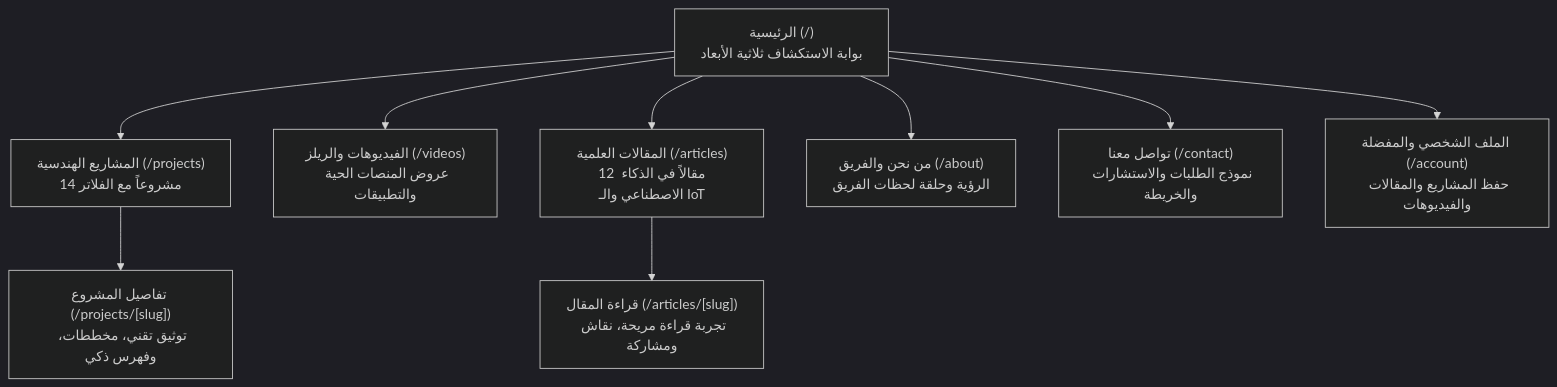
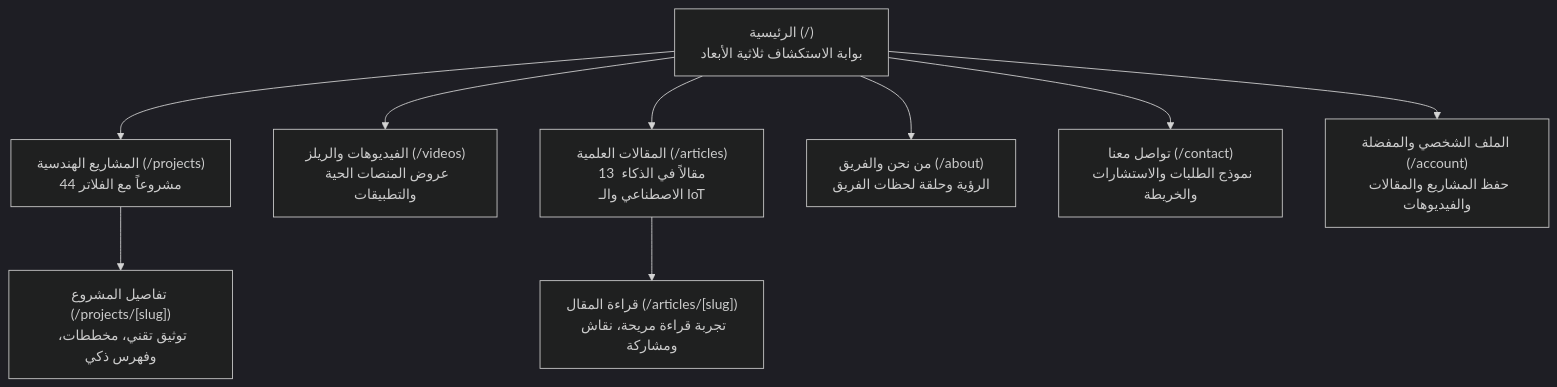
Before and after one commit to Daliaalkilani/technoinjaz: the diagram in README.md, drawn with Mermaid (dark theme). The commit also changed other lines of this file and 6 other files, not shown here.

````diff
--- a/README.md
+++ b/README.md
@@ -44,11 +44,11 @@
 ```mermaid
 graph TD
-    Home["الرئيسية (/)<br/>بوابة الاستكشاف ثلاثية الأبعاد"] --> Projects["المشاريع الهندسية (/projects)<br/>14 مشروعاً مع الفلاتر"]
+    Home["الرئيسية (/)<br/>بوابة الاستكشاف ثلاثية الأبعاد"] --> Projects["المشاريع الهندسية (/projects)<br/>44 مشروعاً مع الفلاتر"]
     Home --> Videos["الفيديوهات والريلز (/videos)<br/>عروض المنصات الحية والتطبيقات"]
-    Home --> Articles["المقالات العلمية (/articles)<br/>12 مقالاً في الذكاء الاصطناعي والـ IoT"]
+    Home --> Articles["المقالات العلمية (/articles)<br/>13 مقالاً في الذكاء الاصطناعي والـ IoT"]
     Home --> About["من نحن والفريق (/about)<br/>الرؤية وحلقة لحظات الفريق"]
     Home --> Contact["تواصل معنا (/contact)<br/>نموذج الطلبات والاستشارات والخريطة"]
     Projects --> ProjectDetail["تفاصيل المشروع (/projects/[slug])<br/>توثيق تقني، مخططات، وفهرس ذكي"]
     Articles --> ArticleDetail["قراءة المقال (/articles/[slug])<br/>تجربة قراءة مريحة، نقاش ومشاركة"]
     Home --> Account["الملف الشخصي والمفضلة (/account)<br/>حفظ المشاريع والمقالات والفيديوهات"]
 ```
````
